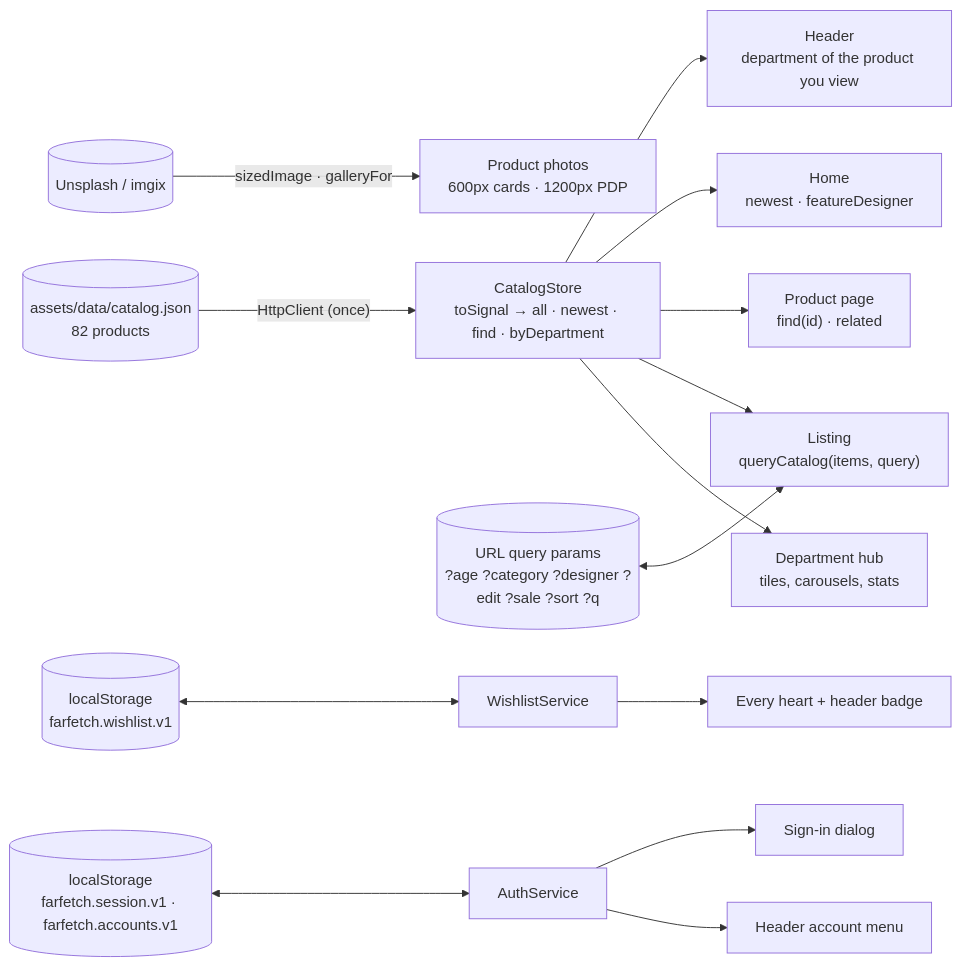
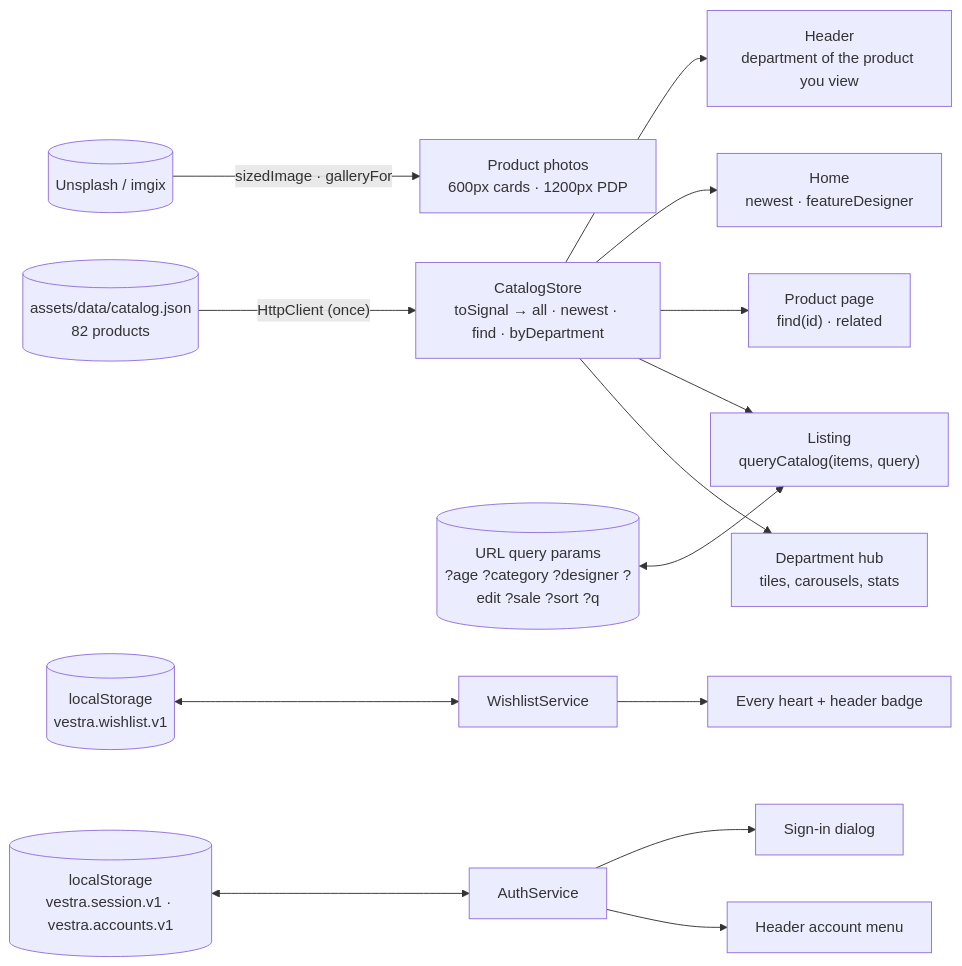
One commit to CristianSifuentes/stitchFarfetchStoreOnline changed the second of 2 diagrams in README.md. Above: the diagram before and after it, drawn with Mermaid. The commit also changed other lines of this file and 11 other files, not shown here.

First line of the commit message:
feat: Farfetch's full footer, payment marks and the VESTRA name

````diff
--- a/README.md
+++ b/README.md
@@ -239,18 +243,18 @@
 ```mermaid
 flowchart LR
     JSON[("assets/data/catalog.json<br/>82 products")] -->|"HttpClient (once)"| Store["CatalogStore<br/>toSignal → all · newest · find · byDepartment"]
     CDN[("Unsplash / imgix")] -->|"sizedImage · galleryFor"| Img["Product photos<br/>600px cards · 1200px PDP"]
 
     Store --> Hub["Department hub<br/>tiles, carousels, stats"]
     Store --> List["Listing<br/>queryCatalog(items, query)"]
     Store --> PDP["Product page<br/>find(id) · related"]
     Store --> Home["Home<br/>newest · featureDesigner"]
     Store --> Hdr["Header<br/>department of the product you view"]
 
     URL[("URL query params<br/>?age ?category ?designer ?edit ?sale ?sort ?q")] <--> List
-    Wish[("localStorage<br/>farfetch.wishlist.v1")] <--> WS["WishlistService"]
+    Wish[("localStorage<br/>vestra.wishlist.v1")] <--> WS["WishlistService"]
     WS --> Hearts["Every heart + header badge"]
-    Sess[("localStorage<br/>farfetch.session.v1 · farfetch.accounts.v1")] <--> AS["AuthService"]
+    Sess[("localStorage<br/>vestra.session.v1 · vestra.accounts.v1")] <--> AS["AuthService"]
     AS --> Hdr2["Header account menu"]
     AS --> Dlg["Sign-in dialog"]
 ```
````
